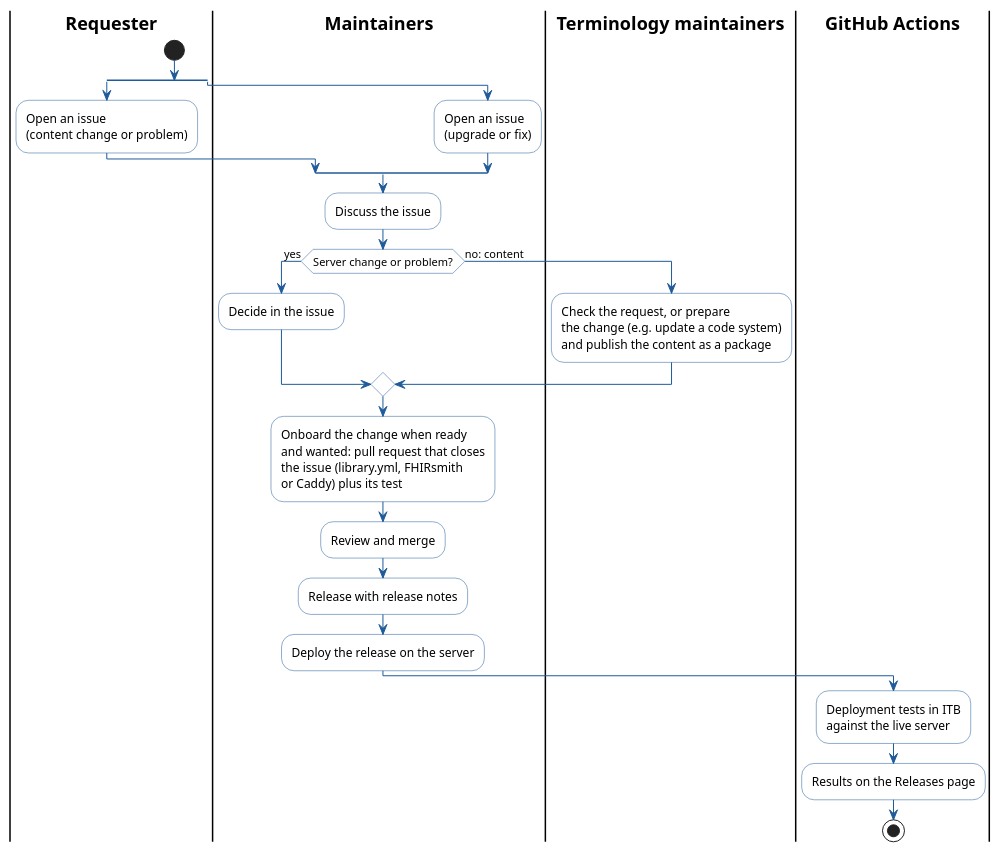
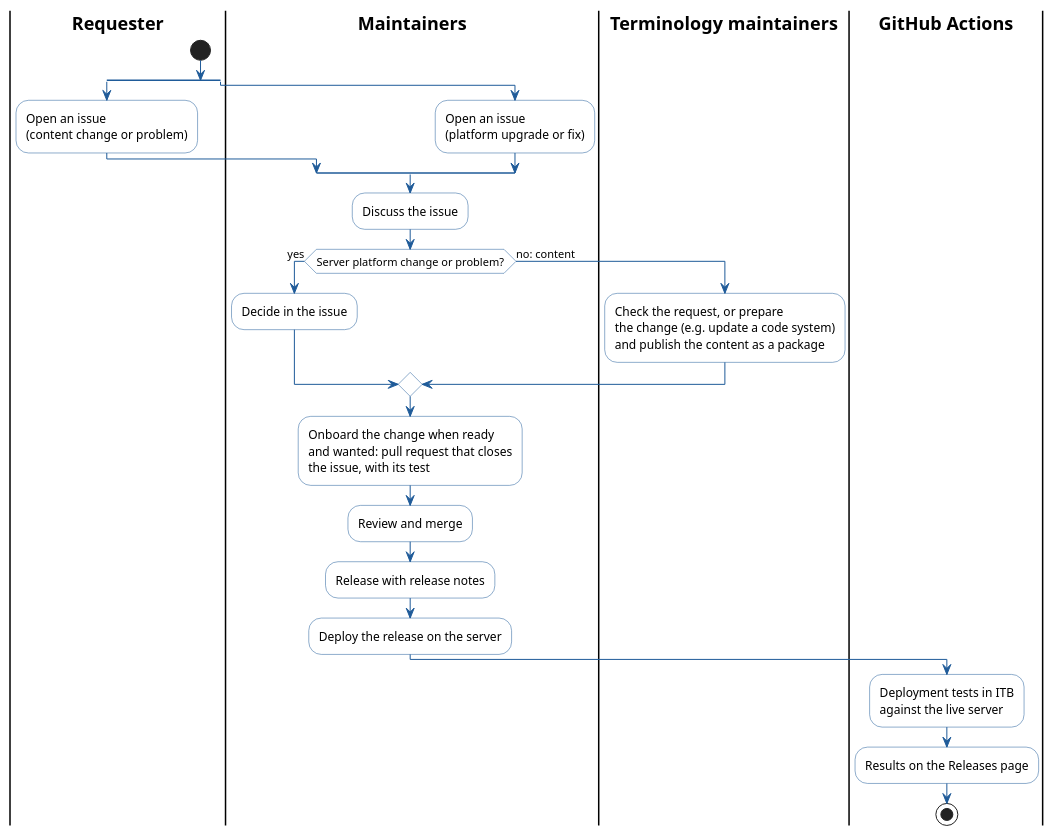
The diagram in docs/index.md (hl7-eu/tx.hl7europe.eu), drawn with PlantUML before and after one commit. The commit also changed 1 other file, not shown here.

Commit message:
Change flow: speak of server platform and content, not files
Refs #10, #11

```diff
--- a/docs/index.md
+++ b/docs/index.md
@@ -25,45 +25,44 @@
 @startuml
 skinparam shadowing false
 skinparam defaultFontName Arial
 skinparam ActivityBackgroundColor #FFFFFF
 skinparam ActivityBorderColor #1F5B99
 skinparam ArrowColor #1F5B99
 skinparam SwimlaneTitleFontStyle bold
 |Requester|
 |Maintainers|
 |Terminology maintainers|
 |GitHub Actions|
 |Requester|
 start
 split
   :Open an issue
   (content change or problem);
 split again
   |Maintainers|
   :Open an issue
-  (upgrade or fix);
+  (platform upgrade or fix);
 end split
 |Maintainers|
 :Discuss the issue;
-if (Server change or problem?) then (yes)
+if (Server platform change or problem?) then (yes)
   :Decide in the issue;
 else (no: content)
   |Terminology maintainers|
   :Check the request, or prepare
   the change (e.g. update a code system)
   and publish the content as a package;
   |Maintainers|
 endif
 :Onboard the change when ready
 and wanted: pull request that closes
-the issue (library.yml, FHIRsmith
-or Caddy) plus its test;
+the issue, with its test;
 :Review and merge;
 :Release with release notes;
 :Deploy the release on the server;
 |GitHub Actions|
 :Deployment tests in ITB
 against the live server;
 :Results on the Releases page;
 stop
 @enduml
```
